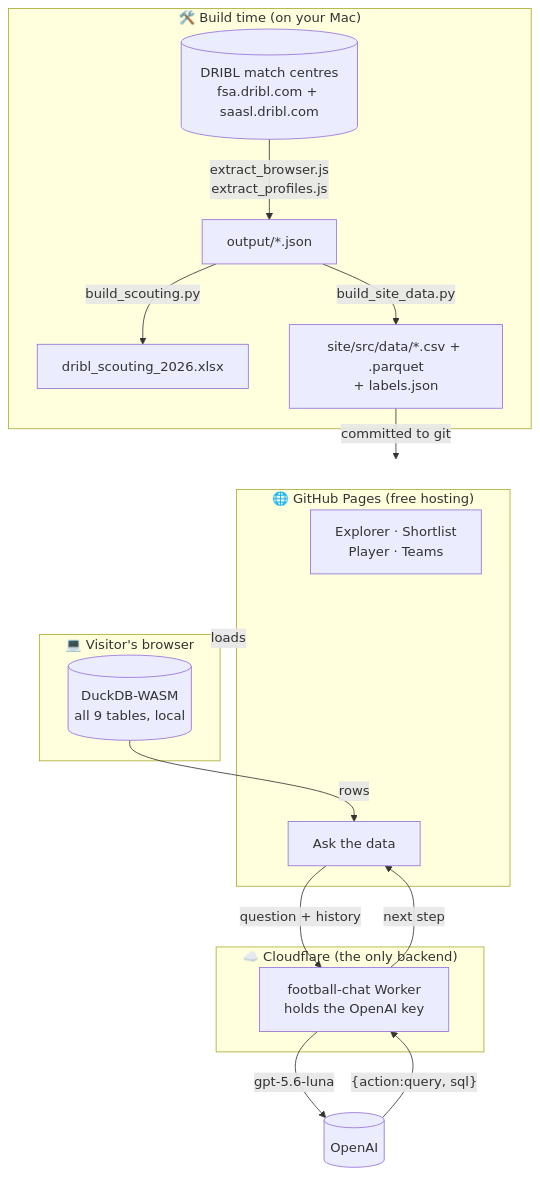
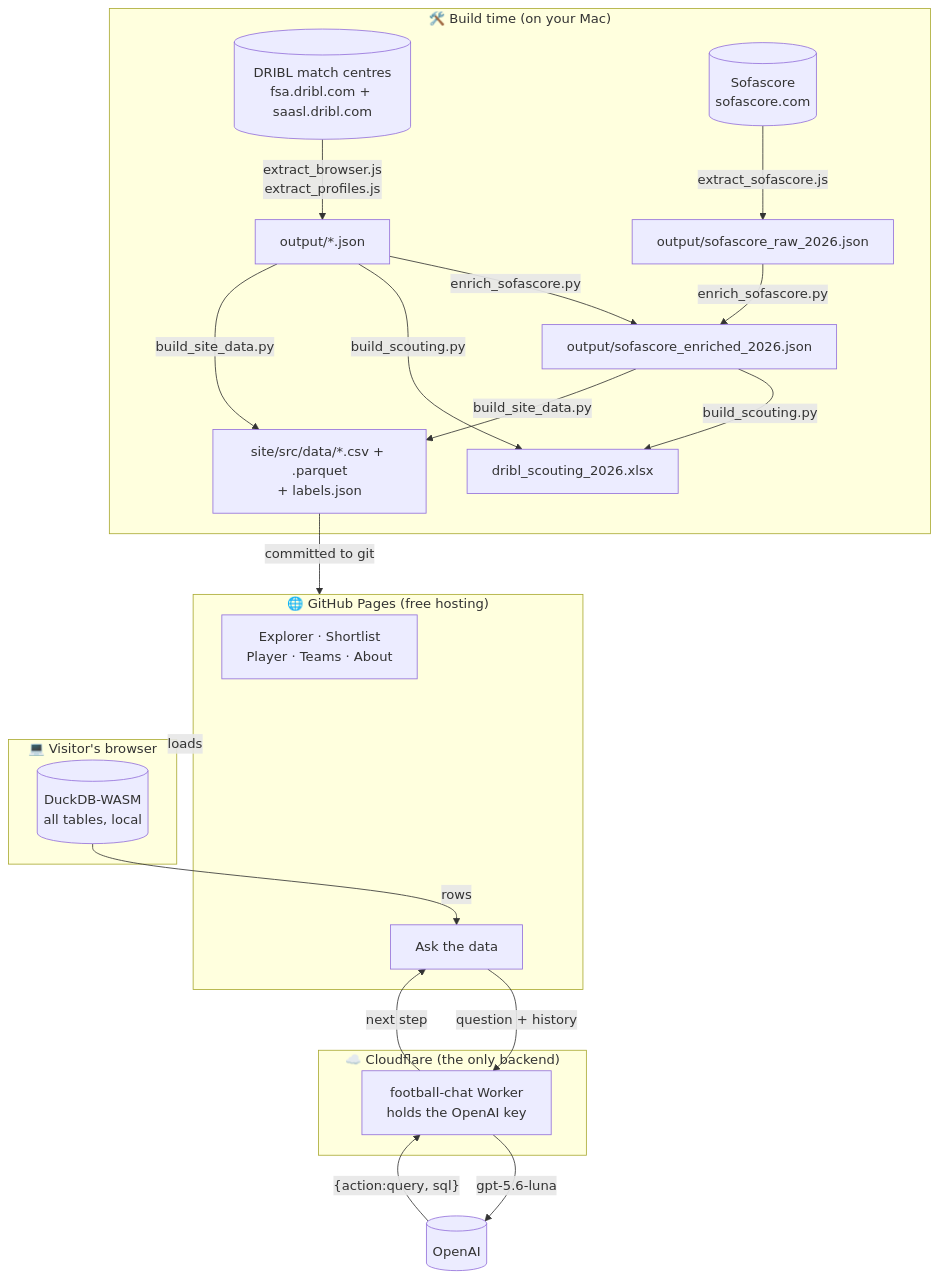
One commit to Satpat/football-scouting changed the first of 2 diagrams in ARCHITECTURE.md. Above: the diagram before and after it, drawn with Mermaid. The commit also changed other lines of this file, not shown here.

Commit message:
docs: document Sofascore enrichment pipeline and scouting tags in ARCHITECTURE.md

````diff
--- a/ARCHITECTURE.md
+++ b/ARCHITECTURE.md
@@ -33,29 +33,31 @@
 ```mermaid
 flowchart TB
     subgraph build["🛠️ Build time (on your Mac)"]
         dribl[("DRIBL match centres<br/>fsa.dribl.com + saasl.dribl.com")] -->|extract_browser.js<br/>extract_profiles.js| dumps[output/*.json]
-        dumps -->|build_scouting.py| workbook[dribl_scouting_2026.xlsx]
-        dumps -->|build_site_data.py| sitedata[site/src/data/*.csv + .parquet<br/>+ labels.json]
+        sofa[("Sofascore<br/>sofascore.com")] -->|extract_sofascore.js| sofadumps[output/sofascore_raw_2026.json]
+        dumps & sofadumps -->|enrich_sofascore.py| enriched[output/sofascore_enriched_2026.json]
+        dumps & enriched -->|build_scouting.py| workbook[dribl_scouting_2026.xlsx]
+        dumps & enriched -->|build_site_data.py| sitedata[site/src/data/*.csv + .parquet<br/>+ labels.json]
     end
 
     subgraph pages["🌐 GitHub Pages (free hosting)"]
-        explorer["Explorer · Shortlist<br/>Player · Teams"]
+        explorer["Explorer · Shortlist<br/>Player · Teams · About"]
         chat["Ask the data"]
     end
 
     subgraph browser["💻 Visitor's browser"]
-        duck[("DuckDB-WASM<br/>all 9 tables, local")]
+        duck[("DuckDB-WASM<br/>all tables, local")]
     end
 
     subgraph cloud["☁️ Cloudflare (the only backend)"]
         worker["football-chat Worker<br/>holds the OpenAI key"]
     end
 
     sitedata -->|committed to git| pages
     pages -->|loads| browser
     chat -->|"question + history"| worker
     worker -->|gpt-5.6-luna| openai[("OpenAI")]
     openai -->|"{action:query, sql}"| worker
     worker -->|next step| chat
     duck -->|rows| chat
 ```
````
